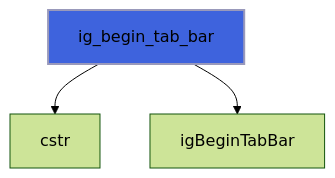
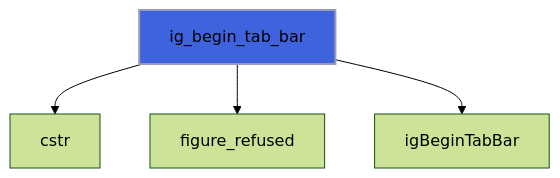
Diagram 24 of 26 in docs/api/src/lib/figure_group.md (szaghi/figure), drawn with Mermaid (forest theme) before and after one commit. The commit also changed other lines of this file and 13 other files, not shown here.

````diff
--- a/docs/api/src/lib/figure_group.md
+++ b/docs/api/src/lib/figure_group.md
@@ -579,6 +583,7 @@
 ```mermaid
 flowchart TD
   ig_begin_tab_bar["ig_begin_tab_bar"] --> cstr["cstr"]
+  ig_begin_tab_bar["ig_begin_tab_bar"] --> figure_refused["figure_refused"]
   ig_begin_tab_bar["ig_begin_tab_bar"] --> igBeginTabBar["igBeginTabBar"]
   style ig_begin_tab_bar fill:#3e63dd,stroke:#99b,stroke-width:2px
 ```
````
